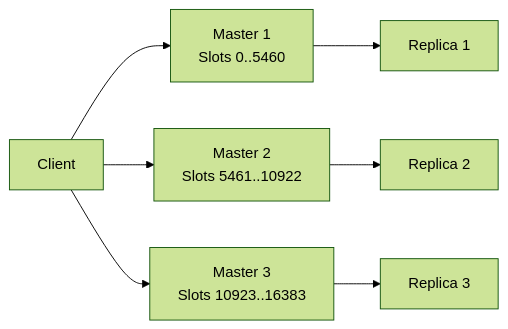
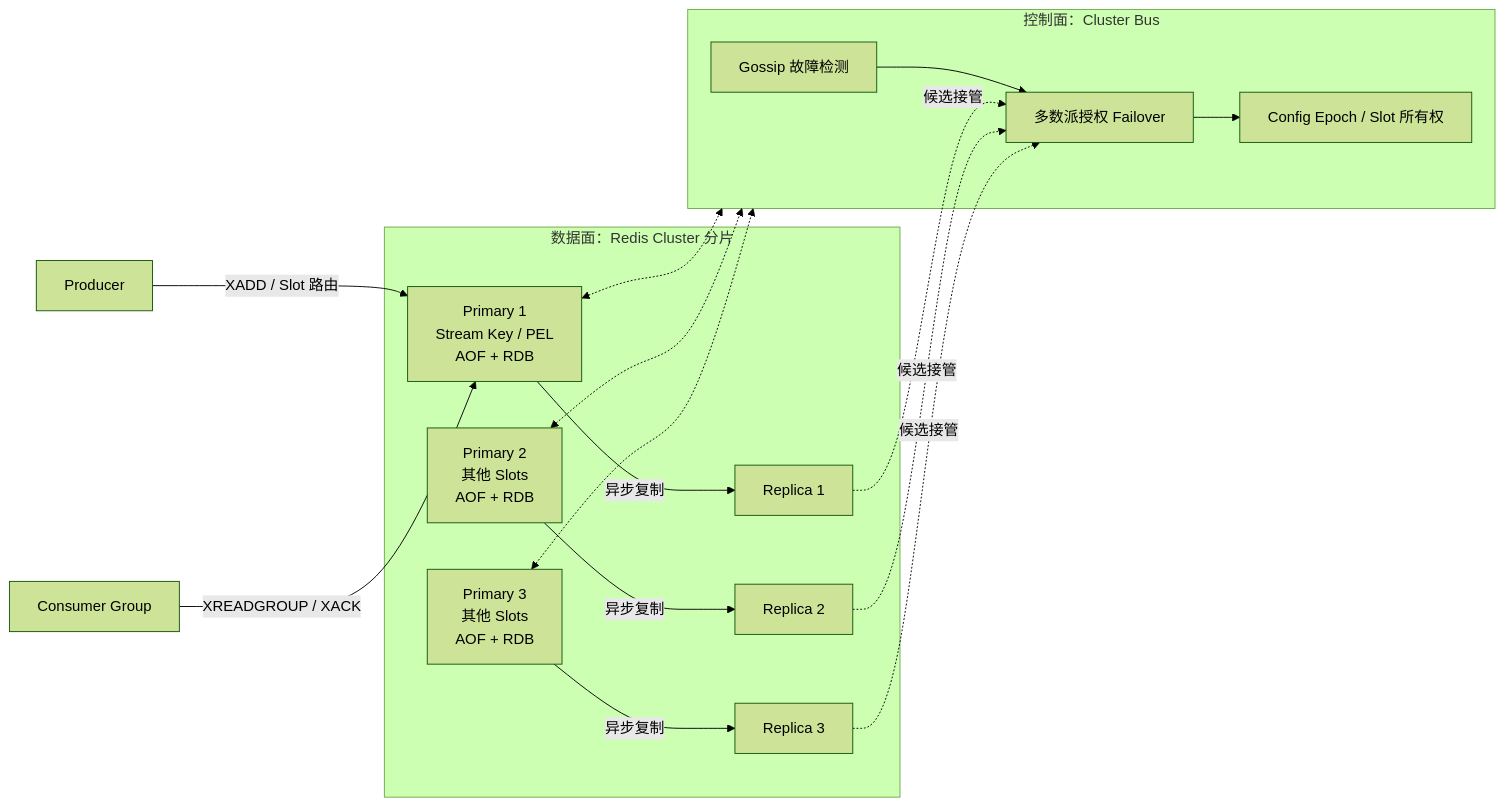
One commit to hotttao/backup changed the diagram in posts/microservices/queue/007_redis_streams.md. Above: the diagram before and after it, drawn with Mermaid (forest theme). The commit also changed other lines of this file and 10 other files, not shown here.

````diff
--- a/posts/microservices/queue/007_redis_streams.md
+++ b/posts/microservices/queue/007_redis_streams.md
@@ -32,9 +32,25 @@
 ```mermaid
 flowchart LR
-    C[Client] --> M1[Master 1\nSlots 0..5460]
-    C --> M2[Master 2\nSlots 5461..10922]
-    C --> M3[Master 3\nSlots 10923..16383]
-    M1 --> R1[Replica 1]
-    M2 --> R2[Replica 2]
-    M3 --> R3[Replica 3]
+    P[Producer] -->|XADD / Slot 路由| M1
+    C[Consumer Group] -->|XREADGROUP / XACK| M1
+
+    subgraph D[数据面：Redis Cluster 分片]
+        M1[Primary 1\nStream Key / PEL\nAOF + RDB] -->|异步复制| R1[Replica 1]
+        M2[Primary 2\n其他 Slots\nAOF + RDB] -->|异步复制| R2[Replica 2]
+        M3[Primary 3\n其他 Slots\nAOF + RDB] -->|异步复制| R3[Replica 3]
+    end
+
+    subgraph B[控制面：Cluster Bus]
+        G[Gossip 故障检测]
+        V[多数派授权 Failover]
+        E[Config Epoch / Slot 所有权]
+        G --> V --> E
+    end
+
+    M1 <-.-> B
+    M2 <-.-> B
+    M3 <-.-> B
+    R1 -. 候选接管 .-> V
+    R2 -. 候选接管 .-> V
+    R3 -. 候选接管 .-> V
 ```
````
